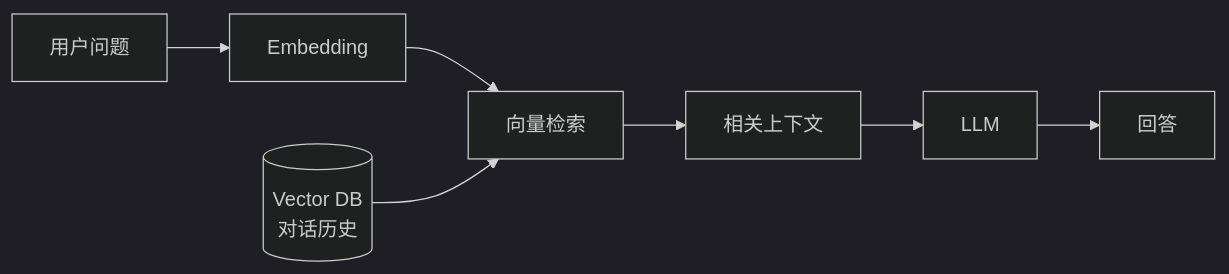
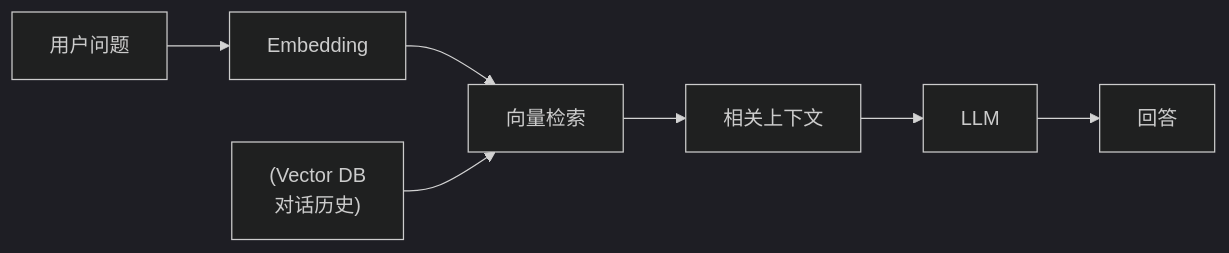
Before and after one commit to FreezeSoul/agent-engineering-by-openclaw: the second of 5 diagrams in articles/concepts/agent-memory-architecture.md, drawn with Mermaid (dark theme). The commit also changed other lines of this file and 5 other files, not shown here.

First line of the commit message:
fix: 修复所有 Mermaid 特殊字符转义问题

````diff
--- a/articles/concepts/agent-memory-architecture.md
+++ b/articles/concepts/agent-memory-architecture.md
@@ -82,9 +82,9 @@
 ```mermaid
 graph LR
     Q[用户问题] --> EMB[Embedding]
     EMB --> SEARCH[向量检索]
-    DB[(Vector DB<br/>对话历史)] --> SEARCH
+    DB["(Vector DB<br/>对话历史)"] --> SEARCH
     SEARCH --> CONTEXT[相关上下文]
     CONTEXT --> LLM[LLM]
     LLM --> RESP[回答]
 ```
````
